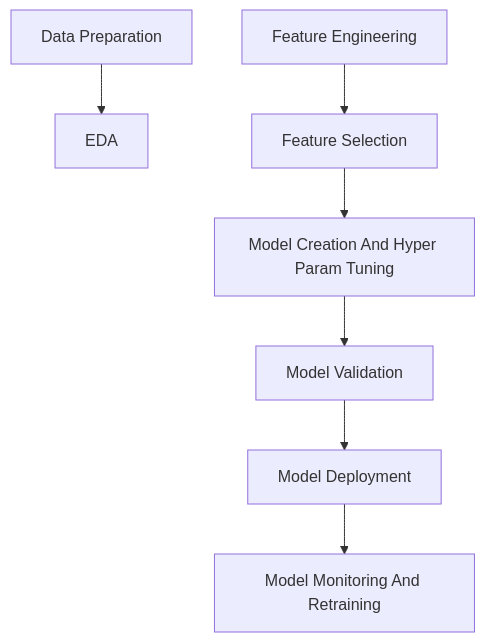
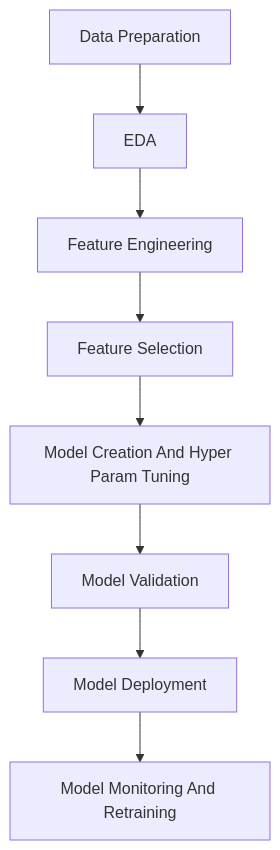
The second of 2 diagrams in Readme.md (Arannamoy-Mondal/NLP-MLOPS), drawn with Mermaid before and after one commit. The commit also changed other lines of this file and 2 other files, not shown here.

````diff
--- a/Readme.md
+++ b/Readme.md
@@ -534,9 +534,10 @@
 ```mermaid
 graph TD;
 A0[Data Preparation] --> A2[EDA]
+A2[EDA] --> A[Feature Engineering]
 A[Feature Engineering] --> B[Feature Selection]
 B[Feature Selection] --> C[Model Creation And Hyper Param Tuning]
 C[Model Creation And Hyper Param Tuning] --> D0[Model Validation]
 D0[Model Validation] --> D[Model Deployment]
 D[Model Deployment] --> E[Model Monitoring And Retraining]
 ```
````
